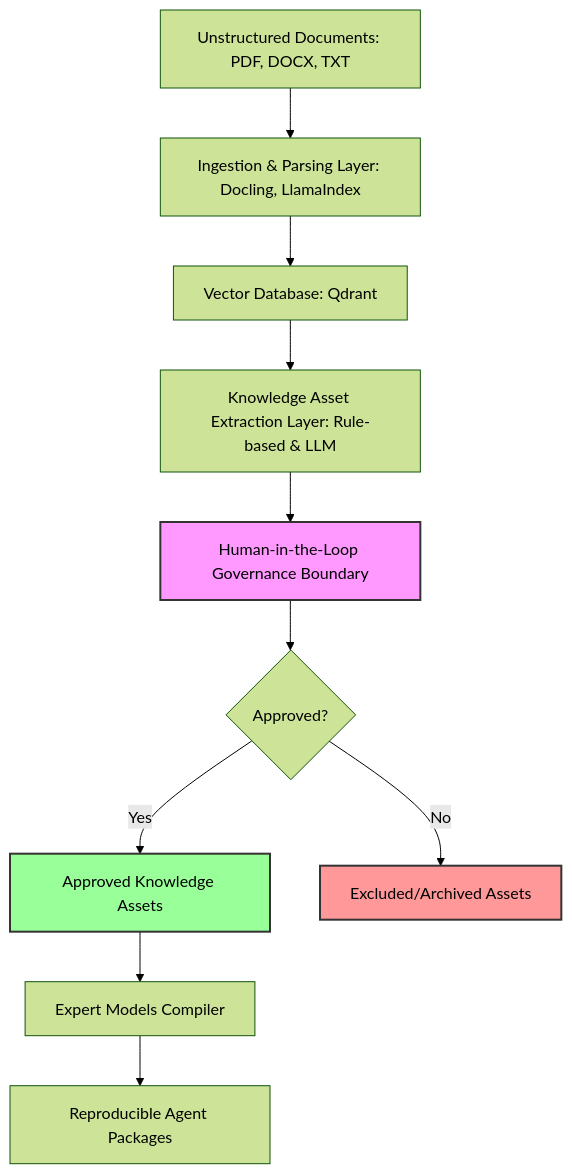
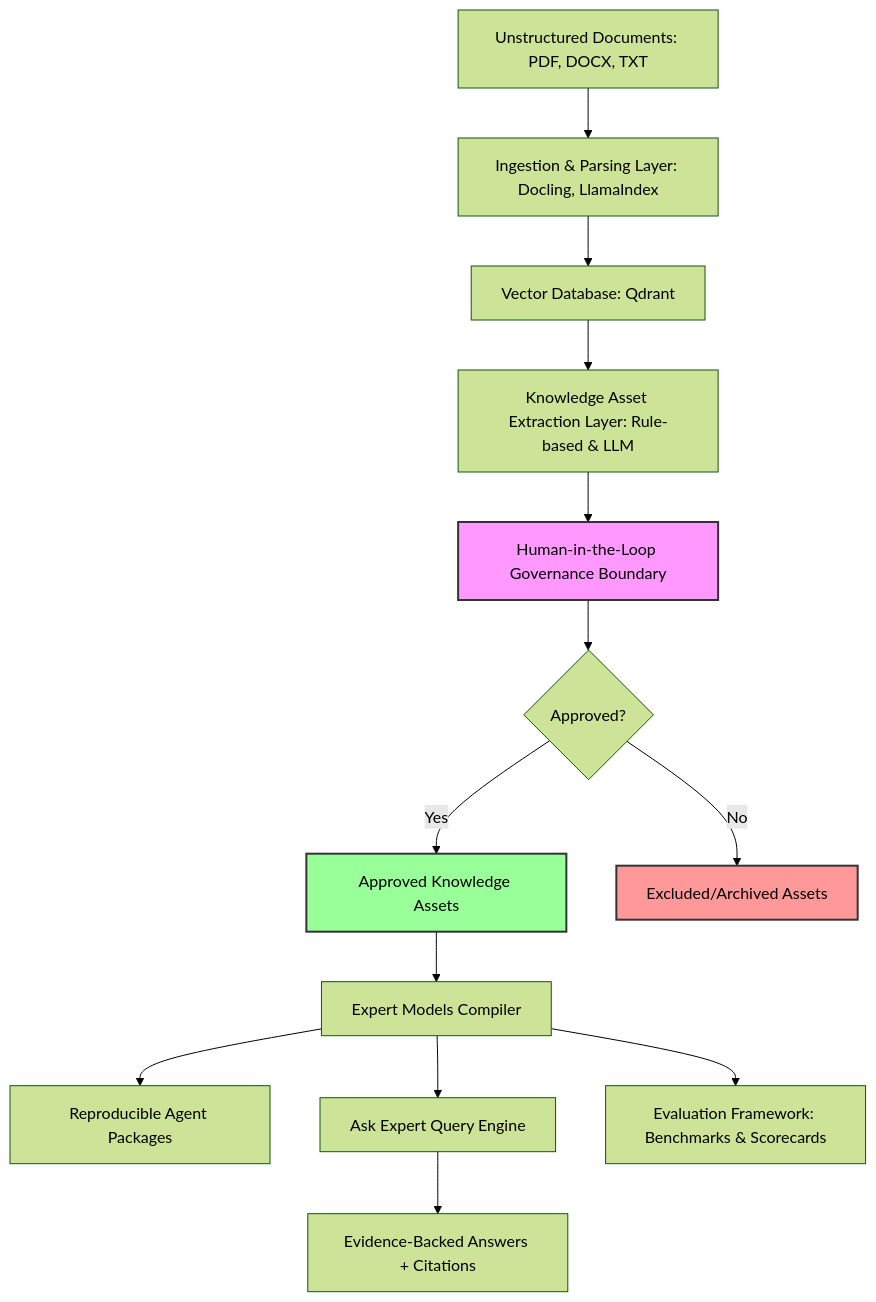
Before and after one commit to rokorobot/ExpertMachina: the diagram in docs/architecture.md, drawn with Mermaid (forest theme). The commit also changed other lines of this file and 5 other files, not shown here.

````diff
--- a/docs/architecture.md
+++ b/docs/architecture.md
@@ -5,15 +5,18 @@
 ```mermaid
 graph TD
     A[Unstructured Documents: PDF, DOCX, TXT] --> B[Ingestion & Parsing Layer: Docling, LlamaIndex]
     B --> C[Vector Database: Qdrant]
     C --> D[Knowledge Asset Extraction Layer: Rule-based & LLM]
     D --> E[Human-in-the-Loop Governance Boundary]
     E --> F{Approved?}
     F -- Yes --> G[Approved Knowledge Assets]
     F -- No --> H[Excluded/Archived Assets]
     G --> I[Expert Models Compiler]
     I --> J[Reproducible Agent Packages]
+    I --> K[Ask Expert Query Engine]
+    K --> L[Evidence-Backed Answers + Citations]
+    I --> M[Evaluation Framework: Benchmarks & Scorecards]
     style E fill:#f9f,stroke:#333,stroke-width:2px
     style G fill:#9f9,stroke:#333,stroke-width:2px
     style H fill:#f99,stroke:#333,stroke-width:2px
 ```
````
